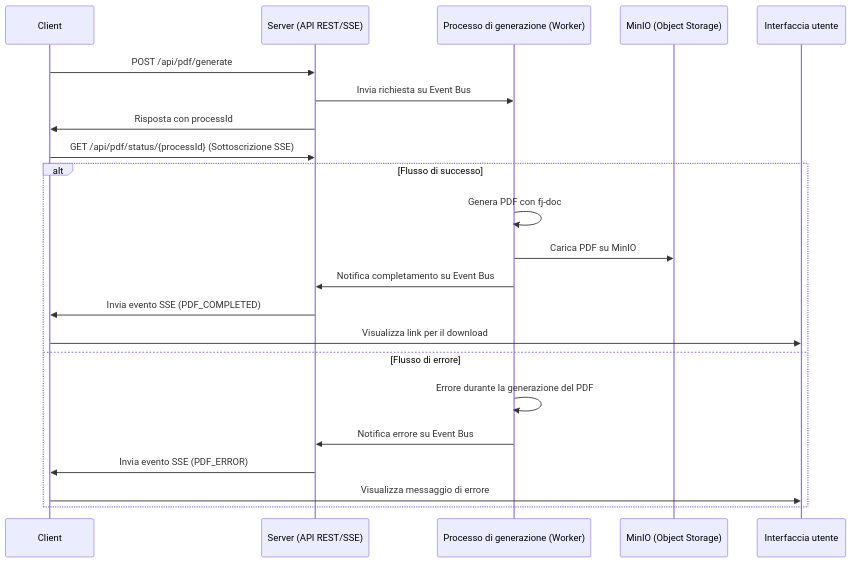
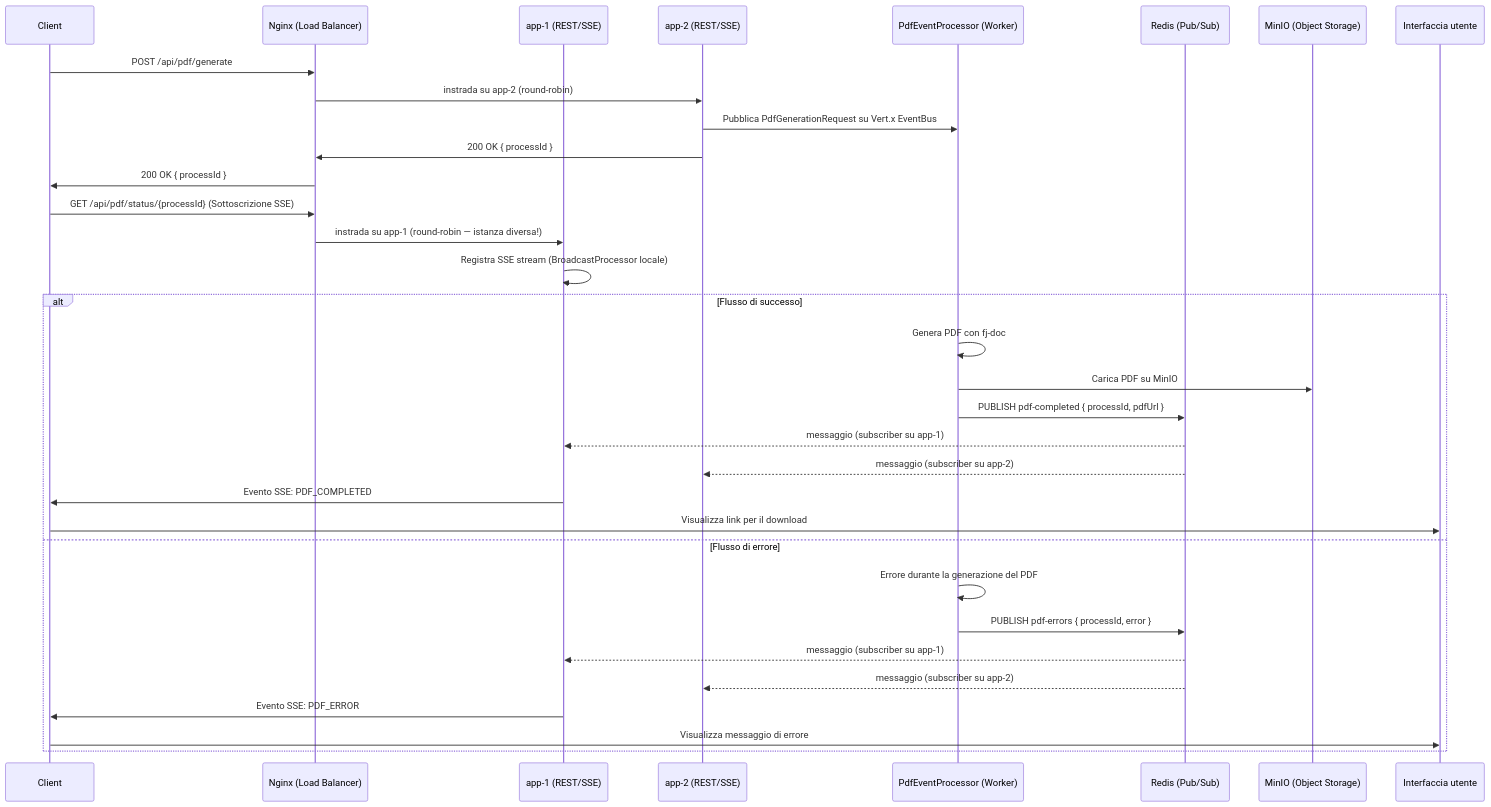
Before and after one commit to amusarra/quarkus-sse-poc: the diagram in src/docs/blog/article/come-gestire-task-asincroni-con-sse-quarkus.md, drawn with Mermaid. The commit also changed other lines of this file and 15 other files, not shown here.

First line of the commit message:
Feature/redis pub sub sse broadcaster (#3)

````diff
--- a/src/docs/blog/article/come-gestire-task-asincroni-con-sse-quarkus.md
+++ b/src/docs/blog/article/come-gestire-task-asincroni-con-sse-quarkus.md
@@ -69,26 +73,38 @@
 ```mermaid
 sequenceDiagram
    participant A as Client
-   participant B as Server (API REST/SSE)
-   participant C as Processo di generazione (Worker)
+   participant N as Nginx (Load Balancer)
+   participant B1 as app-1 (REST/SSE)
+   participant B2 as app-2 (REST/SSE)
+   participant C as PdfEventProcessor (Worker)
+   participant R as Redis (Pub/Sub)
    participant D as MinIO (Object Storage)
    participant E as Interfaccia utente
 
-   A->>B: POST /api/pdf/generate
-   B->>C: Invia richiesta su Event Bus
-   B->>A: Risposta con processId
-   A->>B: GET /api/pdf/status/{processId} (Sottoscrizione SSE)
+   A->>N: POST /api/pdf/generate
+   N->>B2: instrada su app-2 (round-robin)
+   B2->>C: Pubblica PdfGenerationRequest su Vert.x EventBus
+   B2->>N: 200 OK { processId }
+   N->>A: 200 OK { processId }
+
+   A->>N: GET /api/pdf/status/{processId} (Sottoscrizione SSE)
+   N->>B1: instrada su app-1 (round-robin — istanza diversa!)
+   B1->>B1: Registra SSE stream (BroadcastProcessor locale)
 
    alt Flusso di successo
       C->>C: Genera PDF con fj-doc
       C->>D: Carica PDF su MinIO
-      C->>B: Notifica completamento su Event Bus
-      B->>A: Invia evento SSE (PDF_COMPLETED)
+      C->>R: PUBLISH pdf-completed { processId, pdfUrl }
+      R-->>B1: messaggio (subscriber su app-1)
+      R-->>B2: messaggio (subscriber su app-2)
+      B1->>A: Evento SSE: PDF_COMPLETED
       A->>E: Visualizza link per il download
    else Flusso di errore
       C->>C: Errore durante la generazione del PDF
-      C->>B: Notifica errore su Event Bus
-      B->>A: Invia evento SSE (PDF_ERROR)
+      C->>R: PUBLISH pdf-errors { processId, error }
+      R-->>B1: messaggio (subscriber su app-1)
+      R-->>B2: messaggio (subscriber su app-2)
+      B1->>A: Evento SSE: PDF_ERROR
       A->>E: Visualizza messaggio di errore
    end
 ```
````
